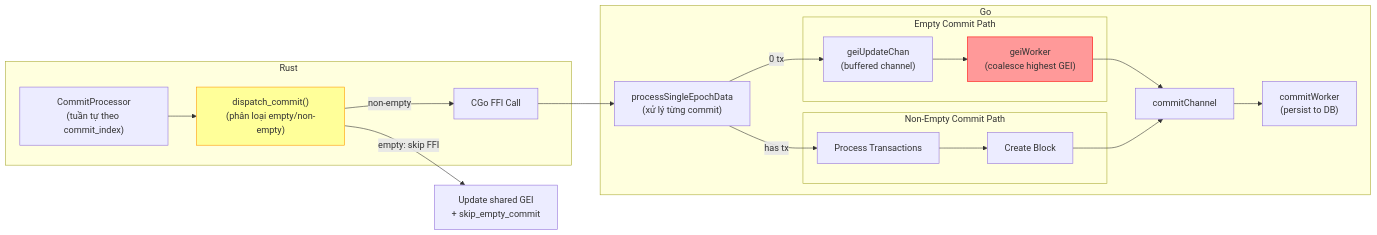
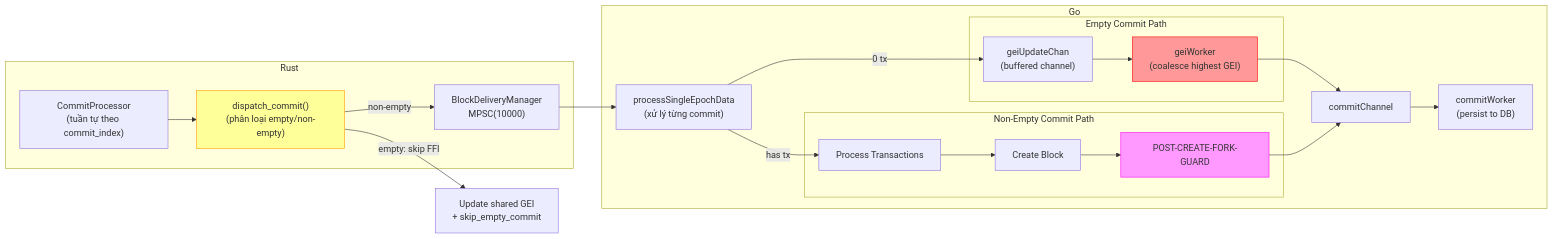
The fifth of 6 diagrams in consensus/metanode/docs/CONSENSUS_ARCHITECTURE_VN.md (x3pi/metanode), drawn with Mermaid before and after one commit. The commit also changed other lines of this file and 13 other files, not shown here.

````diff
--- a/consensus/metanode/docs/CONSENSUS_ARCHITECTURE_VN.md
+++ b/consensus/metanode/docs/CONSENSUS_ARCHITECTURE_VN.md
@@ -230,35 +360,37 @@
 ```mermaid
 graph LR
     subgraph Rust
         CP["CommitProcessor<br/>(tuần tự theo commit_index)"]
         DC["dispatch_commit()<br/>(phân loại empty/non-empty)"]
-        FFI["CGo FFI Call"]
+        BDM["BlockDeliveryManager<br/>MPSC(10000)"]
     end
     
     subgraph Go
         BSD["processSingleEpochData<br/>(xử lý từng commit)"]
         
         subgraph "Empty Commit Path"
             GEI_CH["geiUpdateChan<br/>(buffered channel)"]
             GEI_W["geiWorker<br/>(coalesce highest GEI)"]
         end
         
         subgraph "Non-Empty Commit Path"
             TX["Process Transactions"]
             BLK["Create Block"]
+            FORK["POST-CREATE-FORK-GUARD"]
         end
         
         CC["commitChannel"]
         CW["commitWorker<br/>(persist to DB)"]
     end
     
     CP --> DC
     DC -->|"empty: skip FFI"| CP2["Update shared GEI<br/>+ skip_empty_commit"]
-    DC -->|"non-empty"| FFI --> BSD
+    DC -->|"non-empty"| BDM --> BSD
     BSD -->|"0 tx"| GEI_CH --> GEI_W --> CC
-    BSD -->|"has tx"| TX --> BLK --> CC
+    BSD -->|"has tx"| TX --> BLK --> FORK --> CC
     CC --> CW
     
     style DC fill:#ff9,stroke:#f90
     style GEI_W fill:#f99,stroke:#f00
+    style FORK fill:#f9f,stroke:#f0f
 ```
````
